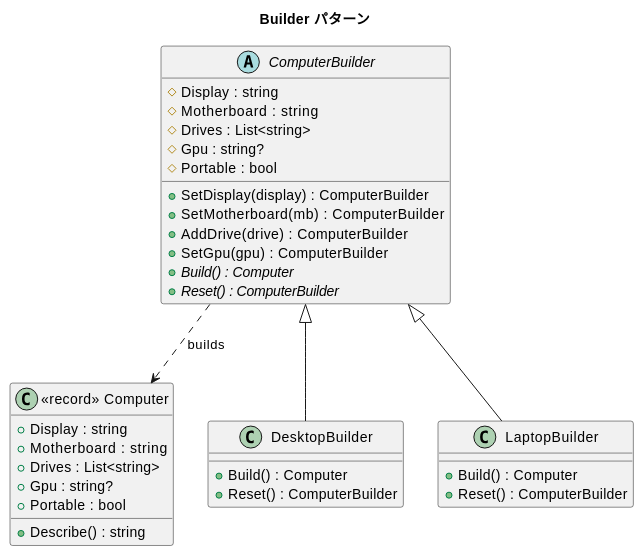
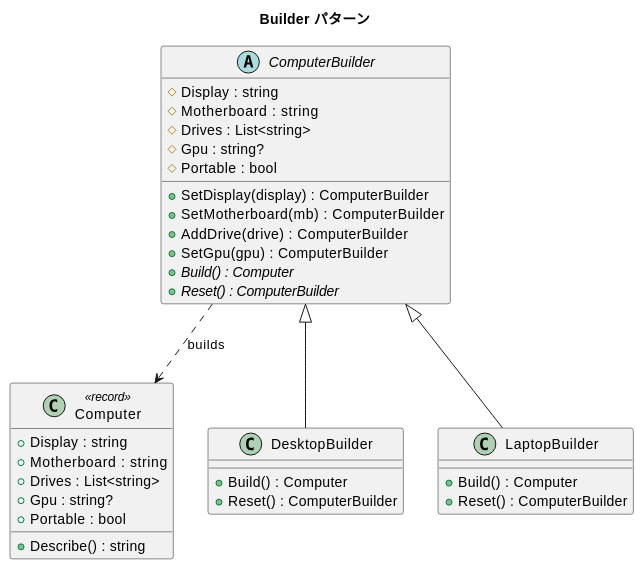
Before and after one commit to k2works/getting-started-design-pattern: the diagram in docs/article/csharp/15-builder.md, drawn with PlantUML. The commit also changed 73 other files, not shown here.

Commit message:
docs(article): PlantUML 表記と記事ナビゲーションを整理

````diff
--- a/docs/article/csharp/15-builder.md
+++ b/docs/article/csharp/15-builder.md
@@ -13,42 +13,42 @@
 ```plantuml
 @startuml
 title Builder パターン
 
-class "<<record>> Computer" as Computer {
+class "Computer" as Computer <<record>> {
   + Display : string
   + Motherboard : string
   + Drives : List<string>
   + Gpu : string?
   + Portable : bool
   + Describe() : string
 }
 
 abstract class ComputerBuilder {
   # Display : string
   # Motherboard : string
   # Drives : List<string>
   # Gpu : string?
   # Portable : bool
   + SetDisplay(display) : ComputerBuilder
   + SetMotherboard(mb) : ComputerBuilder
   + AddDrive(drive) : ComputerBuilder
   + SetGpu(gpu) : ComputerBuilder
   + {abstract} Build() : Computer
   + {abstract} Reset() : ComputerBuilder
 }
 
 class DesktopBuilder {
   + Build() : Computer
   + Reset() : ComputerBuilder
 }
 
 class LaptopBuilder {
   + Build() : Computer
   + Reset() : ComputerBuilder
 }
 
 ComputerBuilder <|-- DesktopBuilder
 ComputerBuilder <|-- LaptopBuilder
 ComputerBuilder ..> Computer : builds
 @enduml
 ```
````
